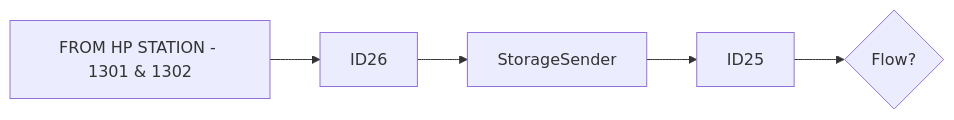
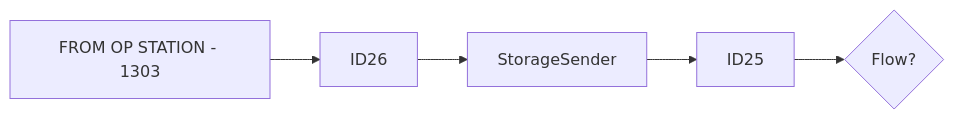
Before and after one commit to luthfiadityaa/SimeDarby-Wiki: the first of 24 diagrams in Basic-Design/DFD-WMS/Storage/Unplanned-Storage/Unplanned-Storage-from-OP-Area.md, drawn with Mermaid.

Commit message:
Updated Unplanned Storage from OP Area

```diff
--- a/Basic-Design/DFD-WMS/Storage/Unplanned-Storage/Unplanned-Storage-from-OP-Area.md
+++ b/Basic-Design/DFD-WMS/Storage/Unplanned-Storage/Unplanned-Storage-from-OP-Area.md
@@ -10,5 +10,5 @@
 ::: mermaid
 flowchart LR
   
-P1[FROM HP STATION - 1301 & 1302]-->P2[ID26]-->P3[StorageSender]-->P4[ID25]-->Cond1{Flow?} 
+P1[FROM OP STATION - 1303]-->P2[ID26]-->P3[StorageSender]-->P4[ID25]-->Cond1{Flow?} 
 :::
```
